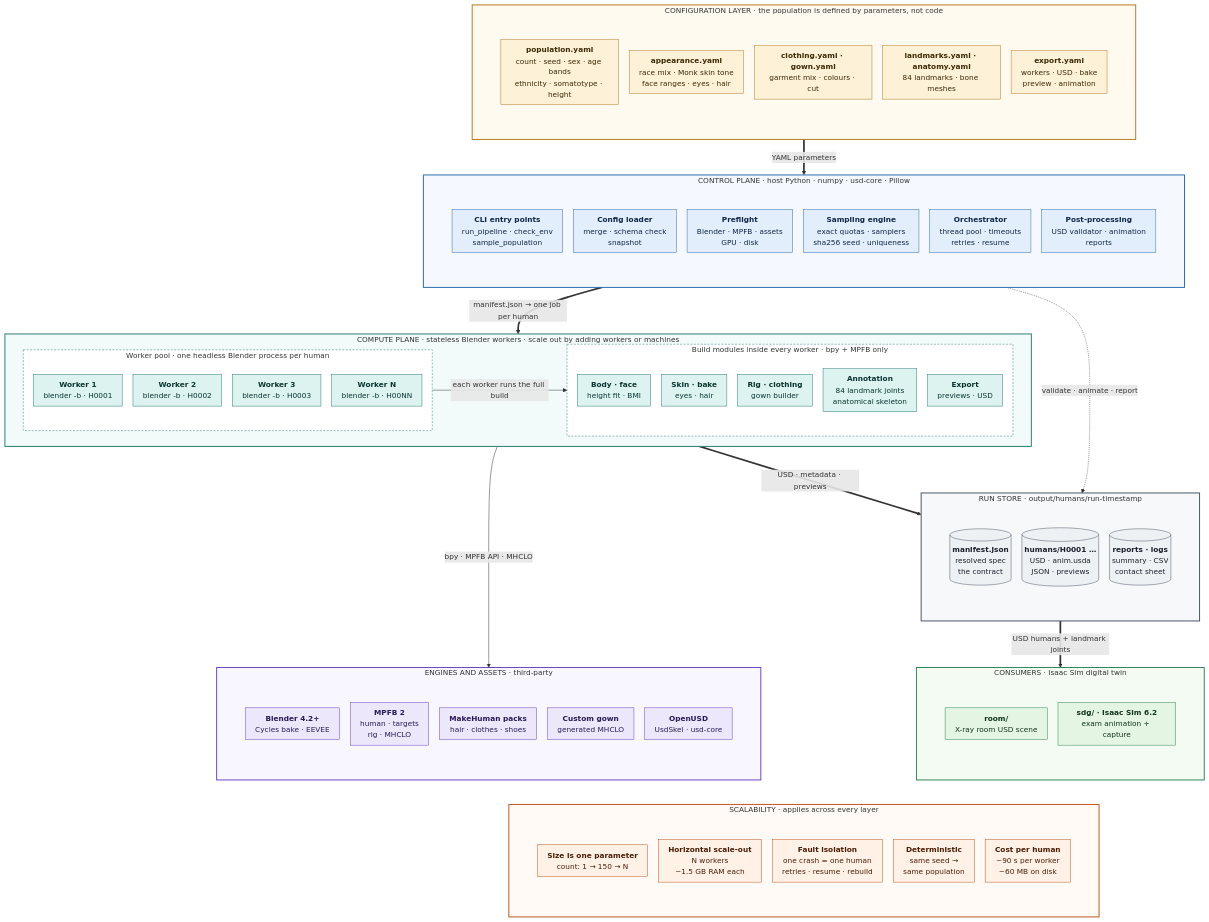
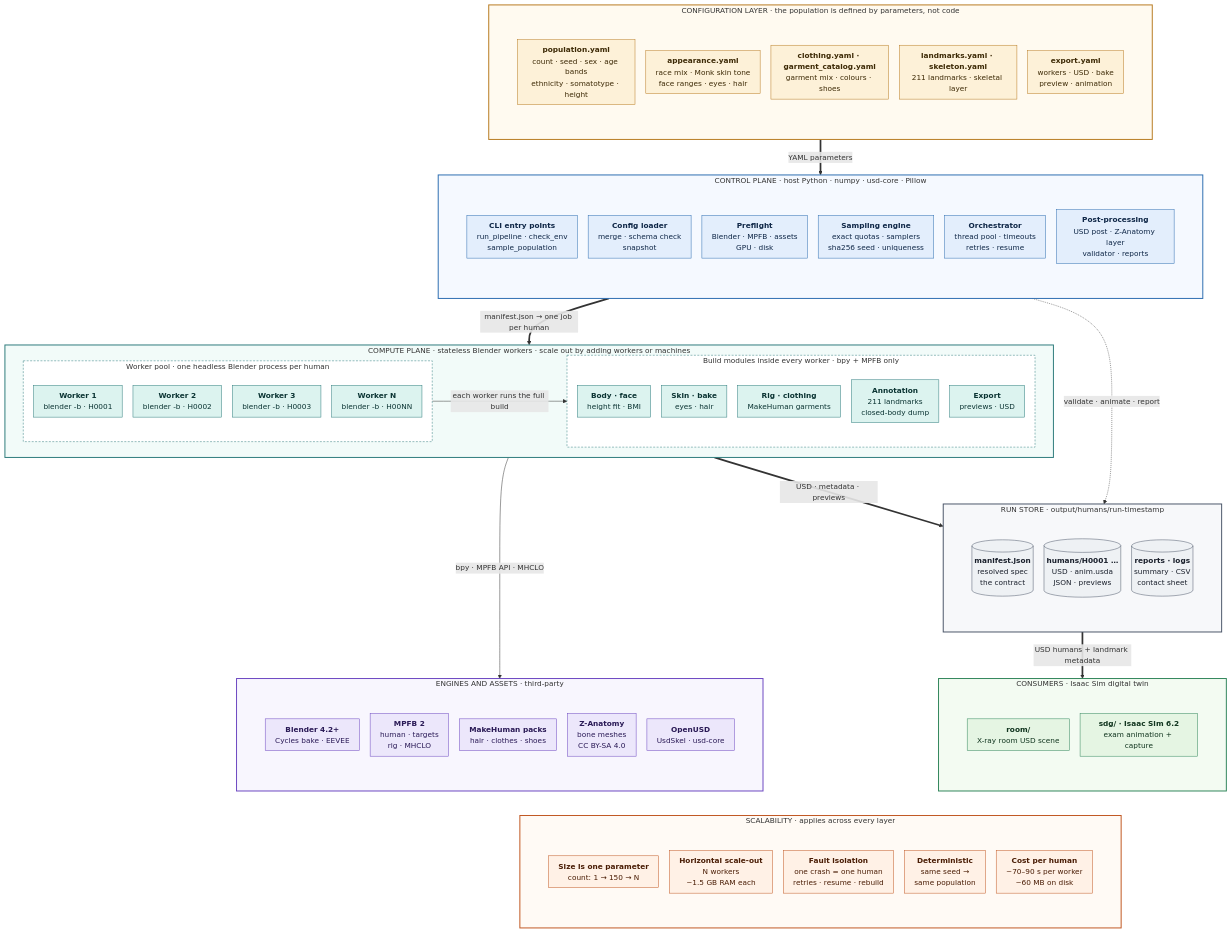
The diagram in mpfb-humans/docs/images/architecture.mmd (josinho101/synthetic-data-generation), drawn with Mermaid before and after one commit. The commit also changed 20 other files, not shown here.

```diff
--- a/mpfb-humans/docs/images/architecture.mmd
+++ b/mpfb-humans/docs/images/architecture.mmd
@@ -1,123 +1,123 @@
 ---
 config:
   flowchart:
     curve: basis
     nodeSpacing: 22
     rankSpacing: 50
     padding: 10
   themeVariables:
     fontFamily: "DejaVu Sans, Arial, sans-serif"
     fontSize: 15px
 ---
 flowchart TB
   subgraph CFG["CONFIGURATION LAYER · the population is defined by parameters, not code"]
     subgraph CFGr[" "]
       C1["<b>population.yaml</b><br/>count · seed · sex · age bands<br/>ethnicity · somatotype · height"]
       C2["<b>appearance.yaml</b><br/>race mix · Monk skin tone<br/>face ranges · eyes · hair"]
-      C3["<b>clothing.yaml · gown.yaml</b><br/>garment mix · colours · cut"]
-      C4["<b>landmarks.yaml · anatomy.yaml</b><br/>84 landmarks · bone meshes"]
+      C3["<b>clothing.yaml · garment_catalog.yaml</b><br/>garment mix · colours · shoes"]
+      C4["<b>landmarks.yaml · skeleton.yaml</b><br/>211 landmarks · skeletal layer"]
       C5["<b>export.yaml</b><br/>workers · USD · bake<br/>preview · animation"]
     end
   end
 
   subgraph CP["CONTROL PLANE · host Python · numpy · usd-core · Pillow"]
     subgraph CPr[" "]
       P1["<b>CLI entry points</b><br/>run_pipeline · check_env<br/>sample_population"]
       P2["<b>Config loader</b><br/>merge · schema check<br/>snapshot"]
       P3["<b>Preflight</b><br/>Blender · MPFB · assets<br/>GPU · disk"]
       P4["<b>Sampling engine</b><br/>exact quotas · samplers<br/>sha256 seed · uniqueness"]
       P5["<b>Orchestrator</b><br/>thread pool · timeouts<br/>retries · resume"]
-      P6["<b>Post-processing</b><br/>USD validator · animation<br/>reports"]
+      P6["<b>Post-processing</b><br/>USD post · Z-Anatomy layer<br/>validator · reports"]
     end
   end
 
   subgraph DP["COMPUTE PLANE · stateless Blender workers · scale out by adding workers or machines"]
     subgraph WP["Worker pool · one headless Blender process per human"]
       W1["<b>Worker 1</b><br/>blender -b · H0001"]
       W2["<b>Worker 2</b><br/>blender -b · H0002"]
       W3["<b>Worker 3</b><br/>blender -b · H0003"]
       WN["<b>Worker N</b><br/>blender -b · H00NN"]
     end
     subgraph BP["Build modules inside every worker · bpy + MPFB only"]
       M1["<b>Body · face</b><br/>height fit · BMI"]
       M2["<b>Skin · bake</b><br/>eyes · hair"]
-      M3["<b>Rig · clothing</b><br/>gown builder"]
-      M4["<b>Annotation</b><br/>84 landmark joints<br/>anatomical skeleton"]
+      M3["<b>Rig · clothing</b><br/>MakeHuman garments"]
+      M4["<b>Annotation</b><br/>211 landmarks<br/>closed-body dump"]
       M5["<b>Export</b><br/>previews · USD"]
     end
     WP -->|"each worker runs the full build"| BP
   end
 
   subgraph ENG["ENGINES AND ASSETS · third-party"]
     subgraph ENGr[" "]
       E1["<b>Blender 4.2+</b><br/>Cycles bake · EEVEE"]
       E2["<b>MPFB 2</b><br/>human · targets<br/>rig · MHCLO"]
       E3["<b>MakeHuman packs</b><br/>hair · clothes · shoes"]
-      E4["<b>Custom gown</b><br/>generated MHCLO"]
+      E4["<b>Z-Anatomy</b><br/>bone meshes<br/>CC BY-SA 4.0"]
       E5["<b>OpenUSD</b><br/>UsdSkel · usd-core"]
     end
   end
 
   subgraph ST["RUN STORE · output/humans/run-timestamp"]
     subgraph STr[" "]
       S1[("<b>manifest.json</b><br/>resolved spec<br/>the contract")]
       S2[("<b>humans/H0001 …</b><br/>USD · anim.usda<br/>JSON · previews")]
       S3[("<b>reports · logs</b><br/>summary · CSV<br/>contact sheet")]
     end
   end
 
   subgraph CON["CONSUMERS · Isaac Sim digital twin"]
     subgraph CONr[" "]
       K1["<b>room/</b><br/>X-ray room USD scene"]
       K2["<b>sdg/ · Isaac Sim 6.2</b><br/>exam animation + capture"]
     end
   end
 
   subgraph SC["SCALABILITY · applies across every layer"]
     subgraph SCr[" "]
       X1["<b>Size is one parameter</b><br/>count: 1 → 150 → N"]
       X2["<b>Horizontal scale-out</b><br/>N workers<br/>~1.5 GB RAM each"]
       X3["<b>Fault isolation</b><br/>one crash = one human<br/>retries · resume · rebuild"]
       X4["<b>Deterministic</b><br/>same seed →<br/>same population"]
-      X5["<b>Cost per human</b><br/>~90 s per worker<br/>~60 MB on disk"]
+      X5["<b>Cost per human</b><br/>~70–90 s per worker<br/>~60 MB on disk"]
     end
   end
 
   CFG ==>|"YAML parameters"| CP
   CP ==>|"manifest.json → one job per human"| DP
   DP -->|"bpy · MPFB API · MHCLO"| ENG
   DP ==>|"USD · metadata · previews"| ST
   CP -.->|"validate · animate · report"| ST
-  ST ==>|"USD humans + landmark joints"| CON
+  ST ==>|"USD humans + landmark metadata"| CON
   ENG ~~~ SC
   CON ~~~ SC
 
   classDef cfg fill:#fdf1d8,stroke:#b7791f,color:#3d2a06
   classDef ctl fill:#e3eefc,stroke:#2b6cb0,color:#0f2747
   classDef cmp fill:#dcf3ef,stroke:#2c7a7b,color:#0b3433
   classDef eng fill:#ece7fb,stroke:#6b46c1,color:#2a1a56
   classDef sto fill:#eef1f4,stroke:#4a5568,color:#1a202c
   classDef con fill:#e5f5e3,stroke:#2f855a,color:#11351f
   classDef scl fill:#fff1e6,stroke:#c05621,color:#4a1d05
   class C1,C2,C3,C4,C5 cfg
   class P1,P2,P3,P4,P5,P6 ctl
   class W1,W2,W3,WN,M1,M2,M3,M4,M5 cmp
   class E1,E2,E3,E4,E5 eng
   class S1,S2,S3 sto
   class K1,K2 con
   class X1,X2,X3,X4,X5 scl
   style CFG fill:#fffaf0,stroke:#b7791f,stroke-width:2px
   style CP fill:#f5f9ff,stroke:#2b6cb0,stroke-width:2px
   style DP fill:#f2fbf9,stroke:#2c7a7b,stroke-width:2px
   style WP fill:#ffffff,stroke:#2c7a7b,stroke-dasharray:4 3
   style BP fill:#ffffff,stroke:#2c7a7b,stroke-dasharray:4 3
   style ENG fill:#f8f6fe,stroke:#6b46c1,stroke-width:2px
   style ST fill:#f7f8fa,stroke:#4a5568,stroke-width:2px
   style CON fill:#f3fbf2,stroke:#2f855a,stroke-width:2px
   style SC fill:#fffaf5,stroke:#c05621,stroke-width:2px
   style CFGr fill:none,stroke:none
   style CPr fill:none,stroke:none
   style ENGr fill:none,stroke:none
   style STr fill:none,stroke:none
   style CONr fill:none,stroke:none
   style SCr fill:none,stroke:none
```
